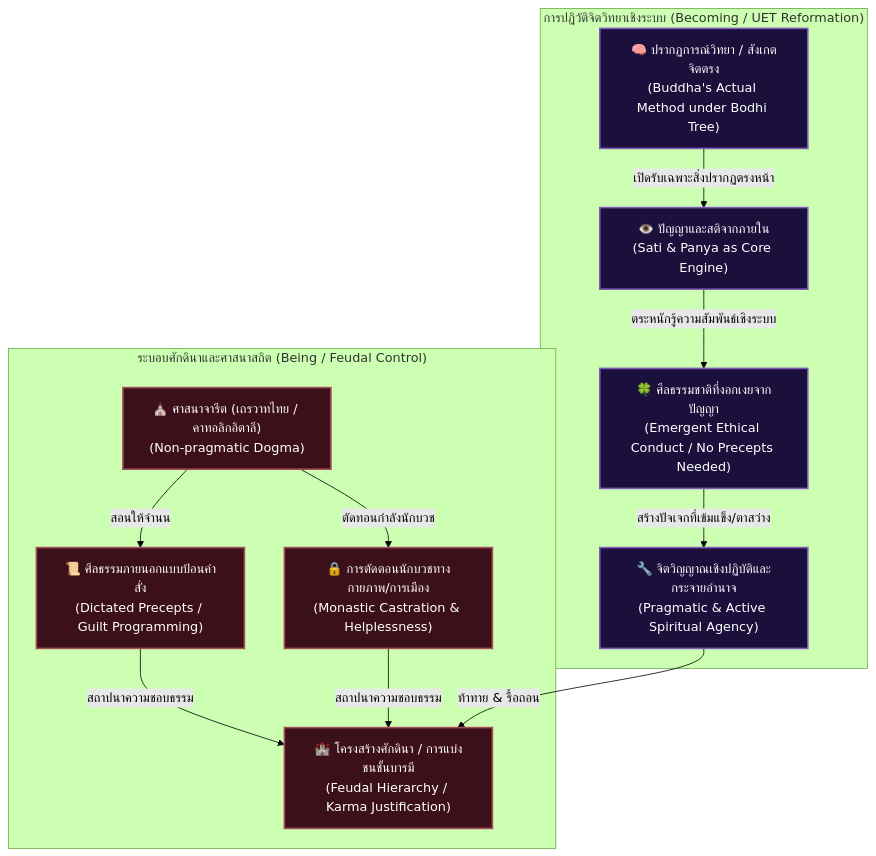
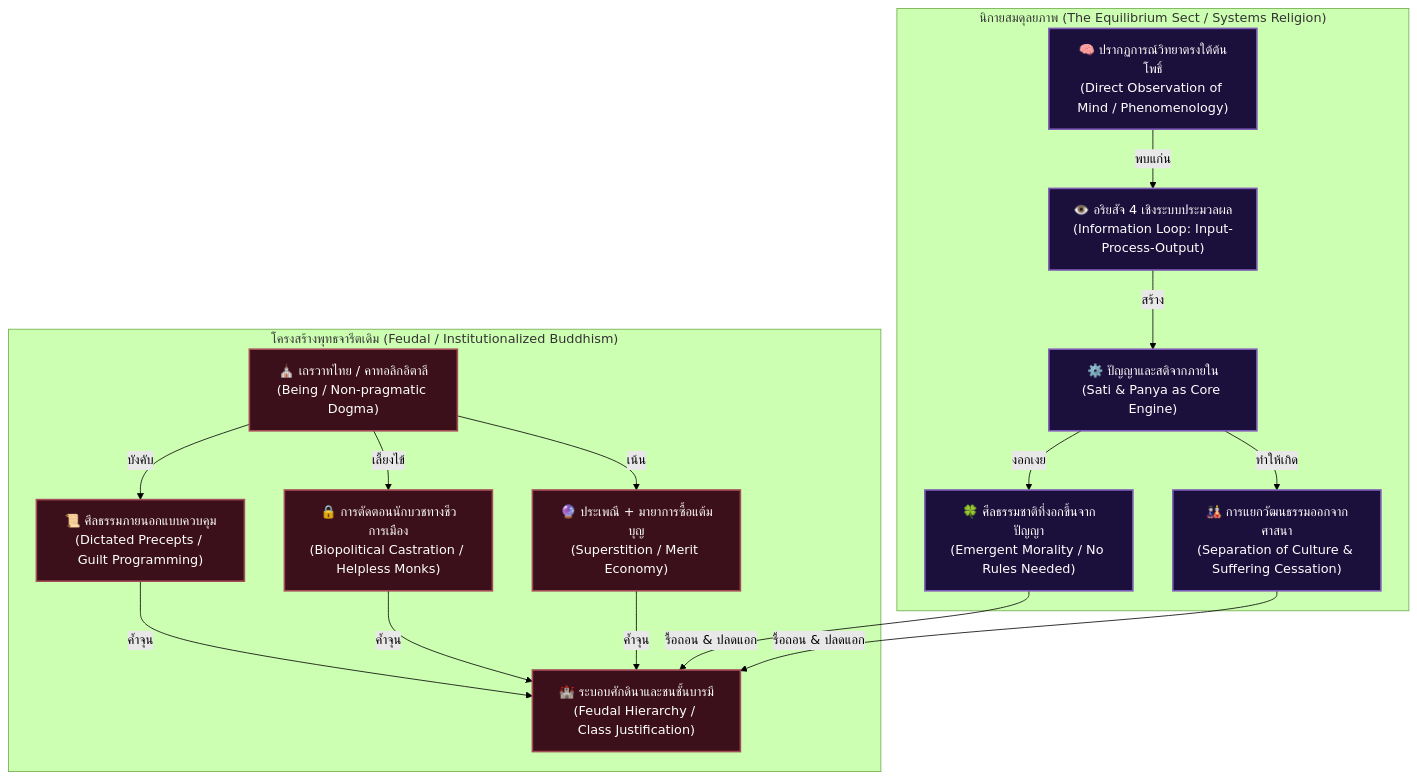
Before and after one commit to ellipszist/unityequilibriumtheory: the diagram in uet_history/3_publish/books/05_reformation_of_the_mind/book_blueprint.md, drawn with Mermaid (forest theme). The commit also changed other lines of this file and 1 other file, not shown here.

Commit message:
docs: comprehensively integrate Book 5 blueprint with all core concepts and update ledger

````diff
--- a/uet_history/3_publish/books/05_reformation_of_the_mind/book_blueprint.md
+++ b/uet_history/3_publish/books/05_reformation_of_the_mind/book_blueprint.md
@@ -10,36 +10,40 @@
 ```mermaid
 graph TD
-    %% Left Path: The Feudal Control Loop
-    subgraph Feudalism ["ระบอบศักดินาและศาสนาสถิต (Being / Feudal Control)"]
-        DogmaticReligion["⛪ ศาสนาจารีต (เถรวาทไทย / คาทอลิกอิตาลี)<br/>(Non-pragmatic Dogma)"]
-        MonasticCastration["🔒 การตัดตอนนักบวชทางกายภาพ/การเมือง<br/>(Monastic Castration & Helplessness)"]
-        ExternalSila["📜 ศีลธรรมภายนอกแบบป้อนคำสั่ง<br/>(Dictated Precepts / Guilt Programming)"]
-        FeudalStructure["🏰 โครงสร้างศักดินา / การแบ่งชนชั้นบารมี<br/>(Feudal Hierarchy / Karma Justification)"]
+    %% Dogmatic Feudal Path (State-backed Religion)
+    subgraph FeudalSystem ["โครงสร้างพุทธจารีตเดิม (Feudal / Institutionalized Buddhism)"]
+        Dogma["⛪ เถรวาทไทย / คาทอลิกอิตาลี<br/>(Being / Non-pragmatic Dogma)"]
+        Castration["🔒 การตัดตอนนักบวชทางชีวการเมือง<br/>(Biopolitical Castration / Helpless Monks)"]
+        ExternalSila["📜 ศีลธรรมภายนอกแบบควบคุม<br/>(Dictated Precepts / Guilt Programming)"]
+        Rituals["🔮 ประเพณี + มายาการซื้อแต้มบุญ<br/>(Superstition / Merit Economy)"]
+        Feudalism["🏰 ระบอบศักดินาและชนชั้นบารมี<br/>(Feudal Hierarchy / Class Justification)"]
     end
 
-    %% Right Path: The UET Reformation Loop
-    subgraph Reformation ["การปฏิวัติจิตวิทยาเชิงระบบ (Becoming / UET Reformation)"]
-        Phenomenology["🧠 ปรากฏการณ์วิทยา / สังเกตจิตตรง<br/>(Buddha's Actual Method under Bodhi Tree)"]
-        InternalSati["👁️ ปัญญาและสติจากภายใน<br/>(Sati & Panya as Core Engine)"]
-        EmergentSila["🍀 ศีลธรรมชาติที่งอกเงยจากปัญญา<br/>(Emergent Ethical Conduct / No Precepts Needed)"]
-        PragmaticSpiritual["🔧 จิตวิญญาณเชิงปฏิบัติและกระจายอำนาจ<br/>(Pragmatic & Active Spiritual Agency)"]
+    %% Reformed Path: The Equilibrium Sect
+    subgraph EquilibriumSect ["นิกายสมดุลยภาพ (The Equilibrium Sect / Systems Religion)"]
+        Phenomenology["🧠 ปรากฏการณ์วิทยาตรงใต้ต้นโพธิ์<br/>(Direct Observation of Mind / Phenomenology)"]
+        FourNobleTruths["👁️ อริยสัจ 4 เชิงระบบประมวลผล<br/>(Information Loop: Input-Process-Output)"]
+        PanyaSati["⚙️ ปัญญาและสติจากภายใน<br/>(Sati & Panya as Core Engine)"]
+        EmergentSila["🍀 ศีลธรรมชาติที่งอกขึ้นจากปัญญา<br/>(Emergent Morality / No Rules Needed)"]
+        CultureSeparation["🎎 การแยกวัฒนธรรมออกจากศาสนา<br/>(Separation of Culture & Suffering Cessation)"]
     end
 
-    %% Interaction
-    DogmaticReligion -->|สอนให้จำนน| ExternalSila
-    DogmaticReligion -->|ตัดทอนกำลังนักบวช| MonasticCastration
-    ExternalSila & MonasticCastration -->|สถาปนาความชอบธรรม| FeudalStructure
+    %% Connections
+    Dogma -->|บังคับ| ExternalSila
+    Dogma -->|เลี้ยงไข้| Castration
+    Dogma -->|เน้น| Rituals
+    ExternalSila & Castration & Rituals -->|ค้ำจุน| Feudalism
+
+    Phenomenology -->|พบแก่น| FourNobleTruths
+    FourNobleTruths -->|สร้าง| PanyaSati
+    PanyaSati -->|งอกเงย| EmergentSila
+    PanyaSati -->|ทำให้เกิด| CultureSeparation
     
-    Phenomenology -->|เปิดรับเฉพาะสิ่งปรากฏตรงหน้า| InternalSati
-    InternalSati -->|ตระหนักรู้ความสัมพันธ์เชิงระบบ| EmergentSila
-    EmergentSila -->|สร้างปัจเจกที่เข้มแข็ง/ตาสว่าง| PragmaticSpiritual
-    
-    PragmaticSpiritual -->|ท้าทาย & รื้อถอน| FeudalStructure
+    EmergentSila & CultureSeparation -->|รื้อถอน & ปลดแอก| Feudalism
 
     %% Styles
     classDef feudal fill:#3c101a,stroke:#a64b58,stroke-width:2px,color:#fff;
     classDef reform fill:#1b103c,stroke:#7d5bb6,stroke-width:2px,color:#fff;
     
-    class DogmaticReligion,MonasticCastration,ExternalSila,FeudalStructure feudal;
-    class Phenomenology,InternalSati,EmergentSila,PragmaticSpiritual reform;
+    class Dogma,Castration,ExternalSila,Rituals,Feudalism feudal;
+    class Phenomenology,FourNobleTruths,PanyaSati,EmergentSila,CultureSeparation reform;
 ```
````
